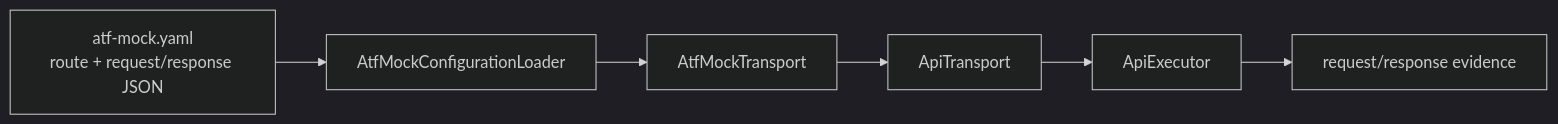
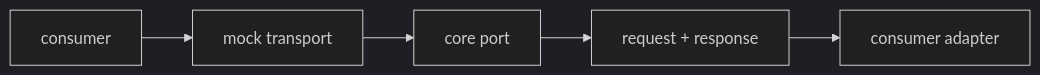
Before and after one commit to crististefanita/demo2: the second of 3 diagrams in atf-mock/README.md, drawn with Mermaid (dark theme). The commit also changed other lines of this file and 132 other files, not shown here.

````diff
--- a/atf-mock/README.md
+++ b/atf-mock/README.md
@@ -17,8 +52,7 @@
 ```mermaid
 flowchart LR
-    Fixture[atf-mock.yaml<br/>route + request/response JSON] --> Loader[AtfMockConfigurationLoader]
-    Loader --> Mock[AtfMockTransport]
-    Mock --> Transport[ApiTransport]
-    Transport --> Executor[ApiExecutor]
-    Executor --> Evidence[request/response evidence]
+    Consumer["consumer"] --> Mock["mock transport"]
+    Mock --> Core["core port"]
+    Core --> Evidence["request + response"]
+    Evidence --> Adapter["consumer adapter"]
 ```
````
